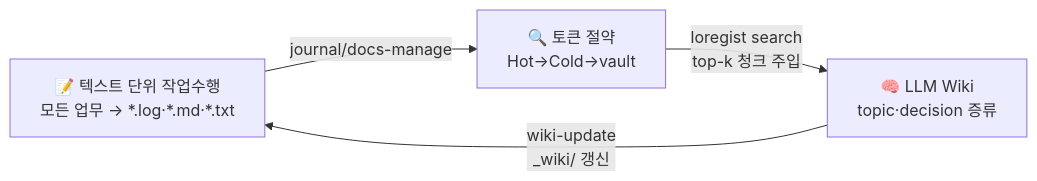
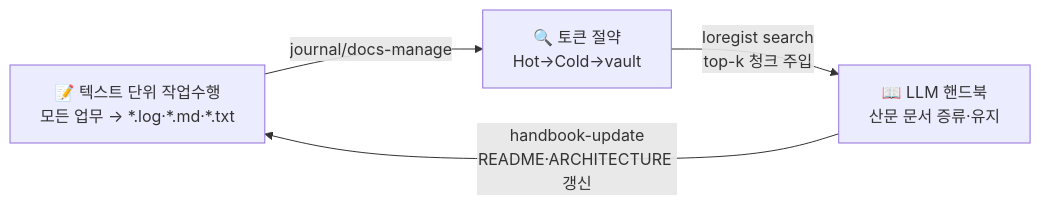
Before and after one commit to mzd-nrkim/loregist: the second of 7 diagrams in ARCHITECTURE.md, drawn with Mermaid. The commit also changed other lines of this file, not shown here.

First line of the commit message:
docs(architecture): LLM 핸드북 원칙 재정립 — handbook 메인, catalog opt-in 곁가지

````diff
--- a/ARCHITECTURE.md
+++ b/ARCHITECTURE.md
@@ -49,6 +49,6 @@
 ```mermaid
 graph LR
     A["📝 텍스트 단위 작업수행<br/>모든 업무 → *.log·*.md·*.txt"] -->|"journal/docs-manage"| B["🔍 토큰 절약<br/>Hot→Cold→vault"]
-    B -->|"loregist search<br/>top-k 청크 주입"| C["🧠 LLM Wiki<br/>topic·decision 증류"]
-    C -->|"wiki-update<br/>_wiki/ 갱신"| A
+    B -->|"loregist search<br/>top-k 청크 주입"| C["📖 LLM 핸드북<br/>산문 문서 증류·유지"]
+    C -->|"handbook-update<br/>README·ARCHITECTURE 갱신"| A
 ```
````
